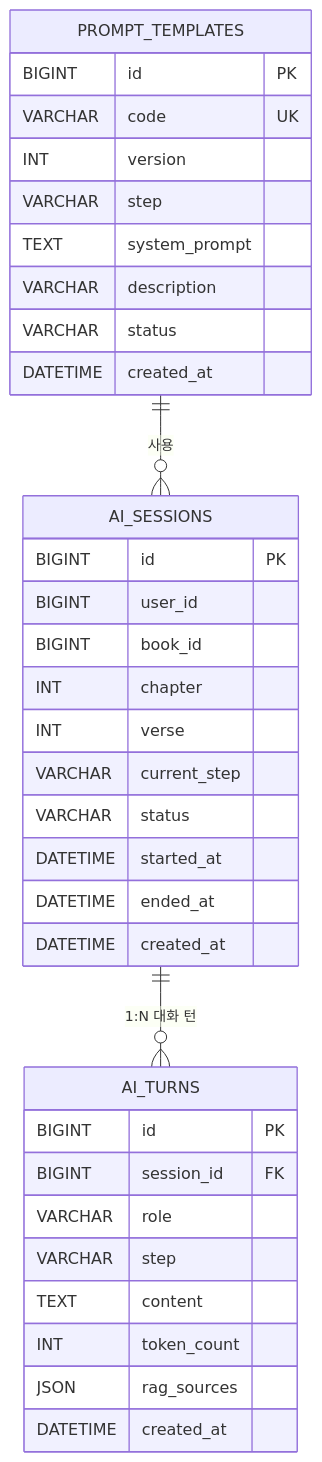
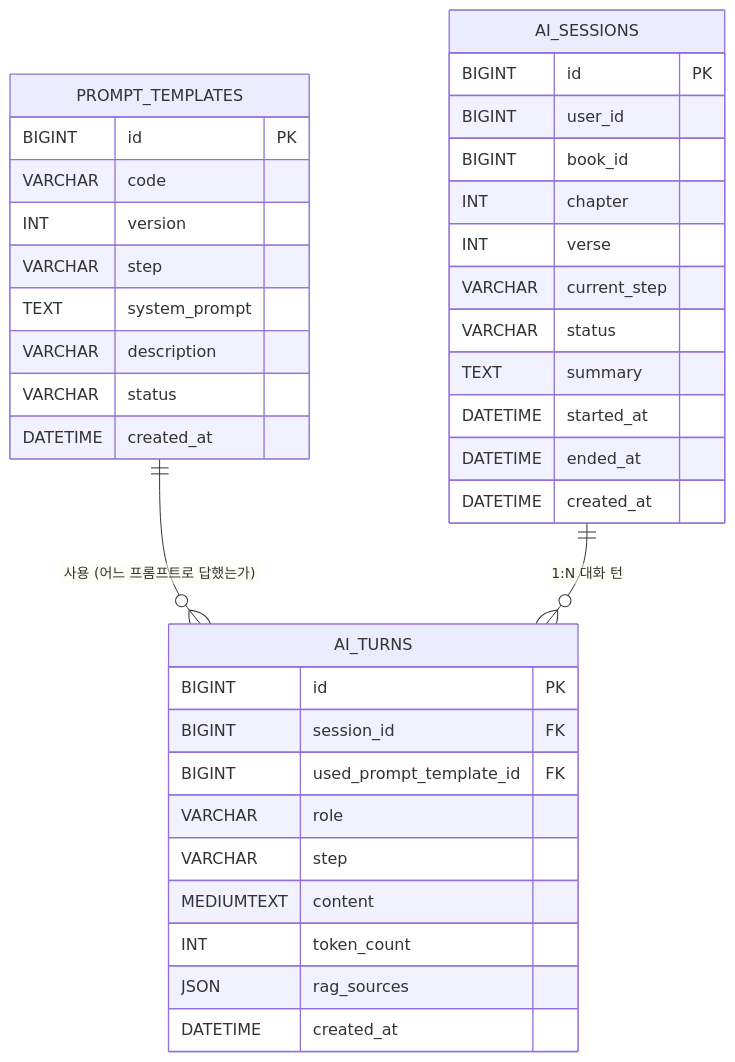
Before and after one commit to Tae0072/2nd-Team-Project: the third of 7 diagrams in 02_ERD_문서.md, drawn with Mermaid. The commit also changed other lines of this file and 2 other files, not shown here.

Commit message:
docs: bump 02_ERD to v1.1 (25-item review patch) + sync 01번 v1.3 (토픽 4→7개 + Schema Registry/DLQ)

````diff
--- a/02_ERD_문서.md
+++ b/02_ERD_문서.md
@@ -303,38 +328,40 @@
 ```mermaid
 erDiagram
-    PROMPT_TEMPLATES ||--o{ AI_SESSIONS : "사용"
+    PROMPT_TEMPLATES ||--o{ AI_TURNS : "사용 (어느 프롬프트로 답했는가)"
     AI_SESSIONS ||--o{ AI_TURNS : "1:N 대화 턴"
 
     PROMPT_TEMPLATES {
         BIGINT id PK
-        VARCHAR code UK
+        VARCHAR code
         INT version
         VARCHAR step
         TEXT system_prompt
         VARCHAR description
         VARCHAR status
         DATETIME created_at
     }
     AI_SESSIONS {
         BIGINT id PK
         BIGINT user_id
         BIGINT book_id
         INT chapter
         INT verse
         VARCHAR current_step
         VARCHAR status
+        TEXT summary
         DATETIME started_at
         DATETIME ended_at
         DATETIME created_at
     }
     AI_TURNS {
         BIGINT id PK
         BIGINT session_id FK
+        BIGINT used_prompt_template_id FK
         VARCHAR role
         VARCHAR step
-        TEXT content
+        MEDIUMTEXT content
         INT token_count
         JSON rag_sources
         DATETIME created_at
     }
 ```
````
